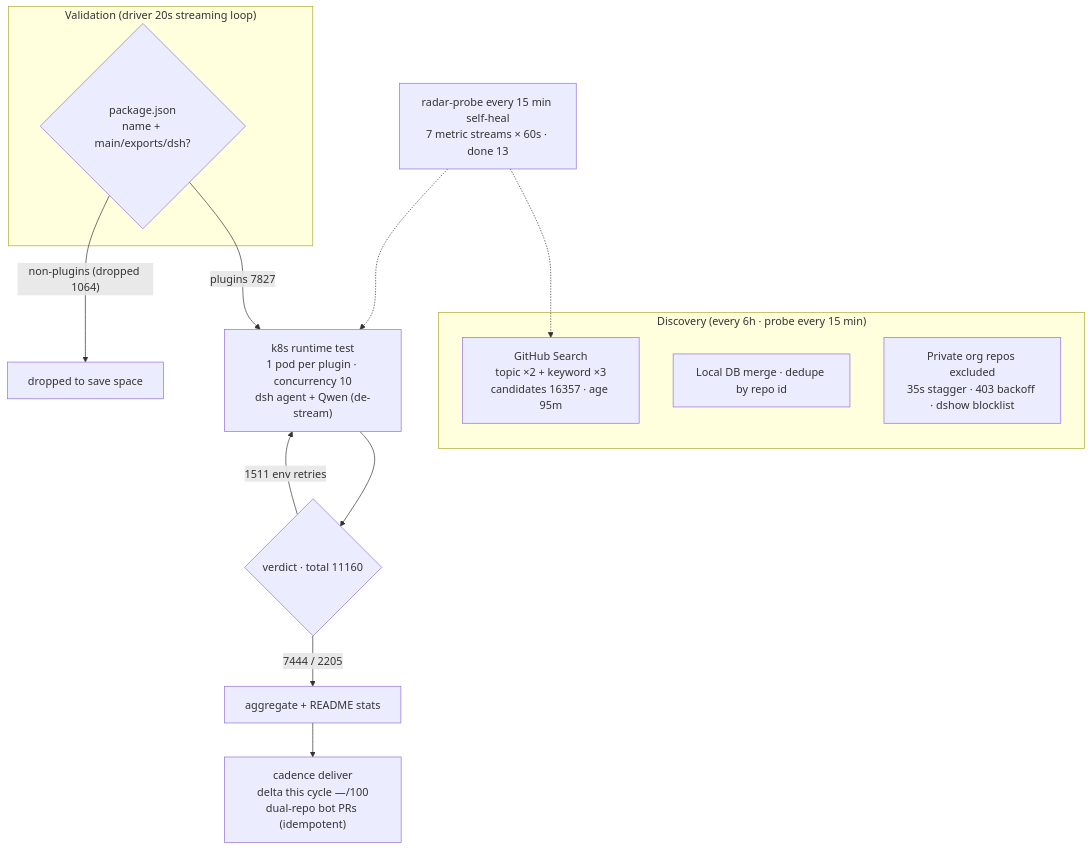
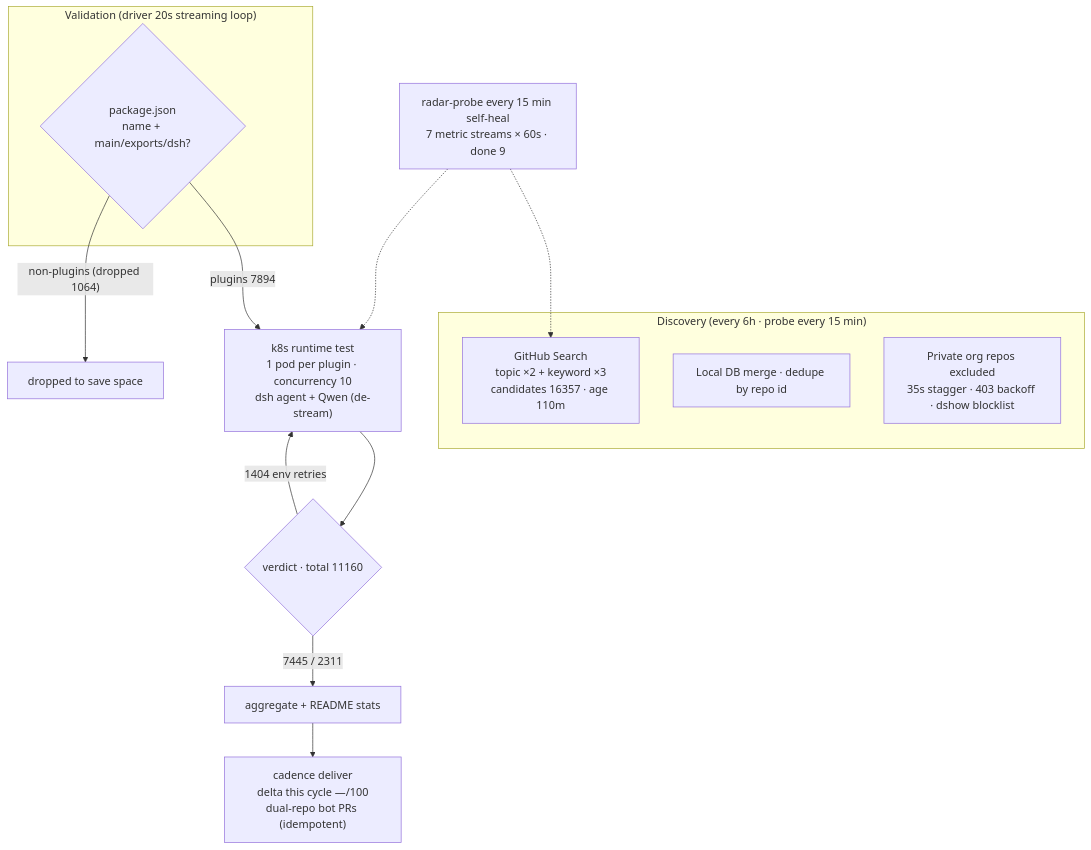
Before and after one commit to AdamPlatin123/awesome-dsh-plugins: the diagram in README.en-US.md, drawn with Mermaid. The commit also changed other lines of this file and 5 other files, not shown here.

````diff
--- a/README.en-US.md
+++ b/README.en-US.md
@@ -45,20 +45,20 @@
 ```mermaid
 flowchart TB
     subgraph Discovery["Discovery (every 6h · probe every 15 min)"]
-        A1["GitHub Search<br/>topic ×2 + keyword ×3<br/>candidates 16357 · age 95m"]
+        A1["GitHub Search<br/>topic ×2 + keyword ×3<br/>candidates 16357 · age 110m"]
         A2["Local DB merge · dedupe by repo id"]
         A3["Private org repos excluded<br/>35s stagger · 403 backoff · dshow blocklist"]
     end
     subgraph Validation["Validation (driver 20s streaming loop)"]
         B1{"package.json<br/>name + main/exports/dsh?"}
     end
-    B1 -->|"plugins 7827"| C1["k8s runtime test<br/>1 pod per plugin · concurrency 10<br/>dsh agent + Qwen (de-stream)"]
+    B1 -->|"plugins 7894"| C1["k8s runtime test<br/>1 pod per plugin · concurrency 10<br/>dsh agent + Qwen (de-stream)"]
     B1 -->|"non-plugins (dropped 1064)"| B3["dropped to save space"]
     C1 --> D1{"verdict · total 11160"}
-    D1 -->|"7444 / 2205"| E1["aggregate + README stats"]
-    D1 -->|"1511 env retries"| C1
+    D1 -->|"7445 / 2311"| E1["aggregate + README stats"]
+    D1 -->|"1404 env retries"| C1
     E1 --> E2["cadence deliver<br/>delta this cycle —/100<br/>dual-repo bot PRs (idempotent)"]
-    M["radar-probe every 15 min self-heal<br/>7 metric streams × 60s · done 13"]
+    M["radar-probe every 15 min self-heal<br/>7 metric streams × 60s · done 9"]
     M -.-> A1
     M -.-> C1
 ```
````
